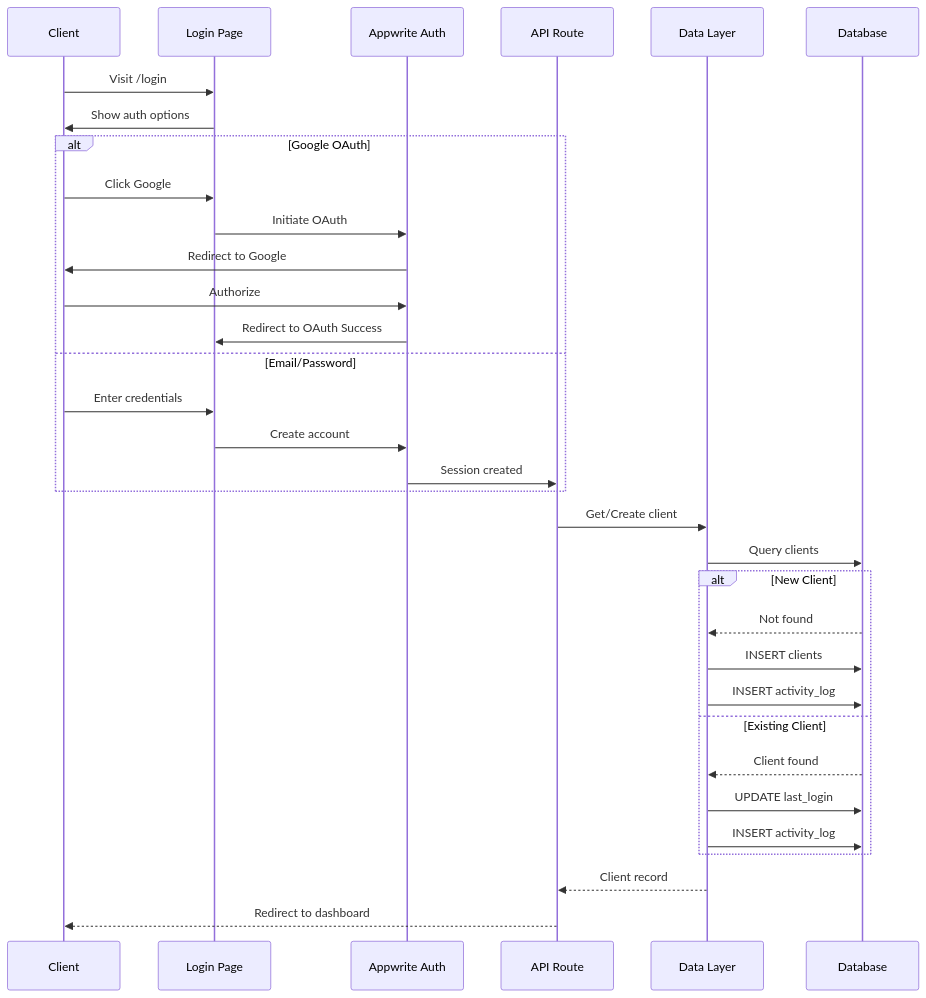
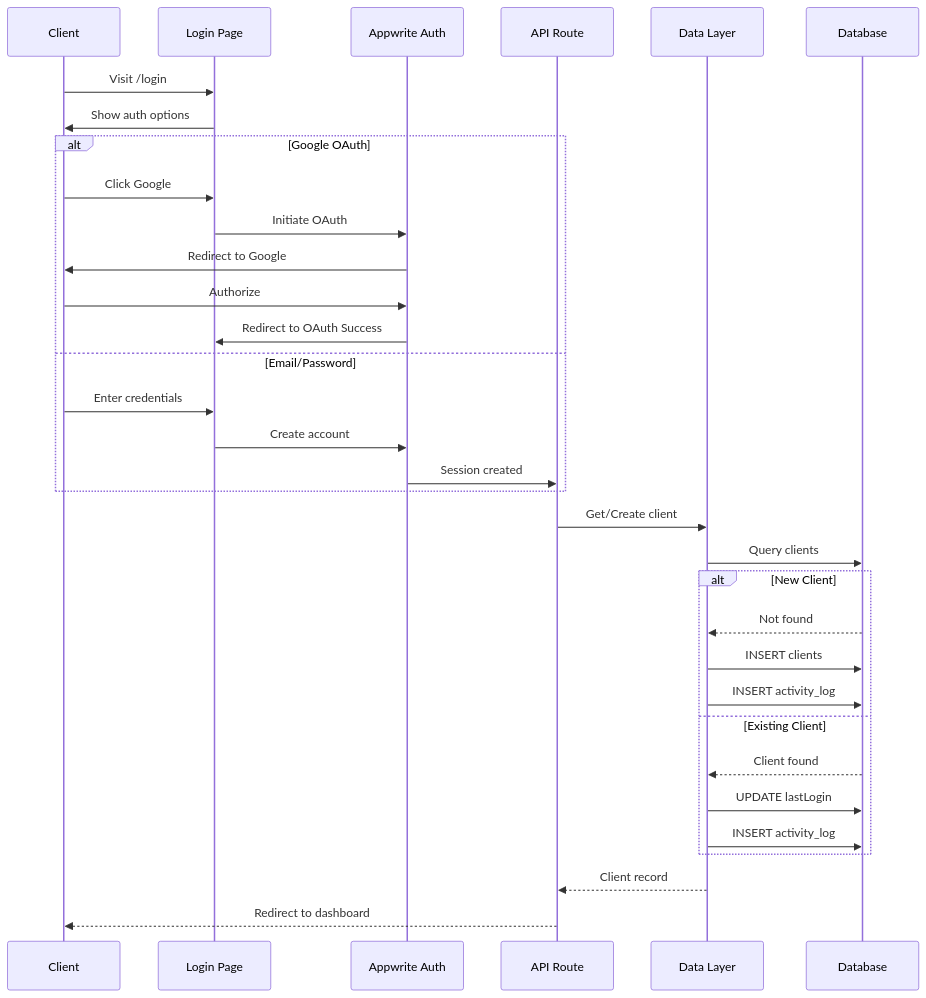
The second of 2 diagrams in docs/diagrams/functional-flow/create-account.md (kpm34/college-football-fantasy-app), drawn with Mermaid before and after one commit. The commit also changed other lines of this file and 288 other files, not shown here.

Commit message:
feat(diagrams): Admin Diagrams hub + Lucid OAuth/import integration; add Open in Lucid buttons; fix TS setup

````diff
--- a/docs/diagrams/functional-flow/create-account.md
+++ b/docs/diagrams/functional-flow/create-account.md
@@ -58,40 +61,40 @@
 ```mermaid
 sequenceDiagram
   participant C as Client
   participant UI as Login Page
   participant Auth as Appwrite Auth
   participant API as API Route
   participant DAL as Data Layer
   participant DB as Database
   
   C->>UI: Visit /login
   UI->>C: Show auth options
   
   alt Google OAuth
     C->>UI: Click Google
     UI->>Auth: Initiate OAuth
     Auth->>C: Redirect to Google
     C->>Auth: Authorize
     Auth->>UI: Redirect to OAuth Success
   else Email/Password
     C->>UI: Enter credentials
     UI->>Auth: Create account
     Auth->>API: Session created
   end
   
   API->>DAL: Get/Create client
   DAL->>DB: Query clients
   
   alt New Client
     DB-->>DAL: Not found
     DAL->>DB: INSERT clients
     DAL->>DB: INSERT activity_log
   else Existing Client
     DB-->>DAL: Client found
-    DAL->>DB: UPDATE last_login
+    DAL->>DB: UPDATE lastLogin
     DAL->>DB: INSERT activity_log
   end
   
   DAL-->>API: Client record
   API-->>C: Redirect to dashboard
 ```
````
